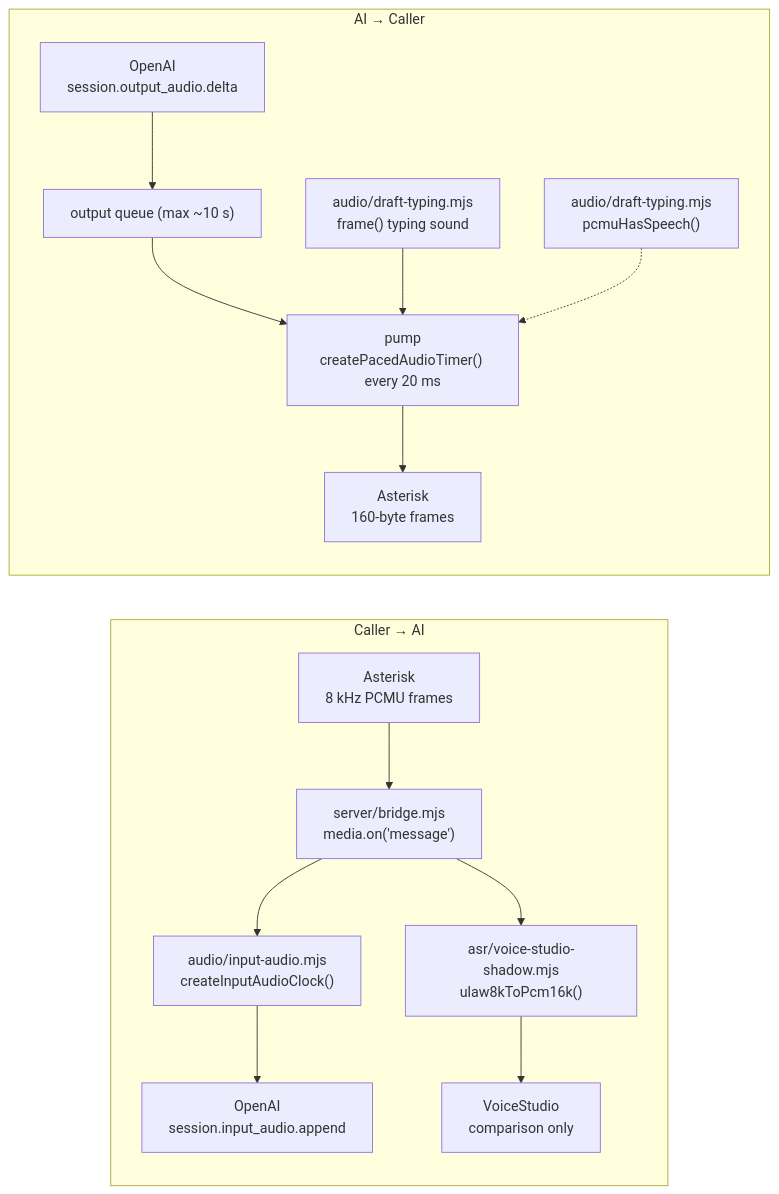
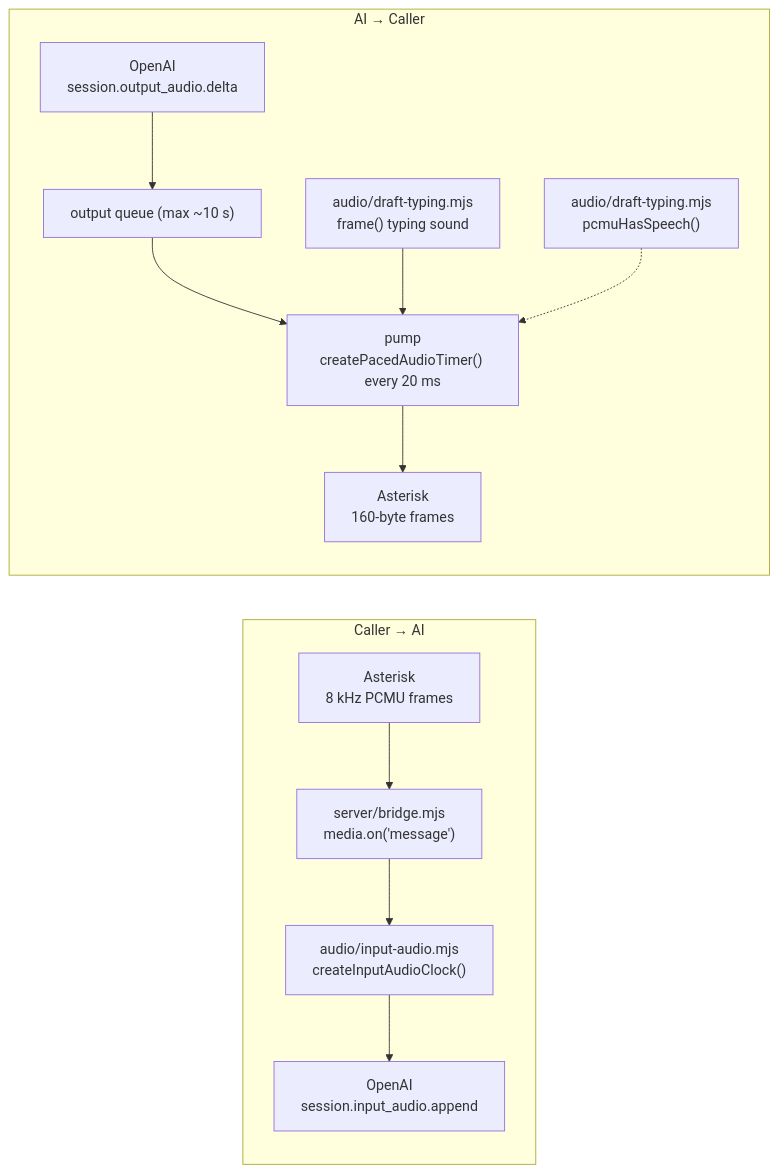
One commit to softdevglobal/bmspro-voice-bridge changed the ninth of 10 diagrams in docs/FUNCTIONS_AND_FLOW.md. Above: the diagram before and after it, drawn with Mermaid. The commit also changed other lines of this file and 22 other files, not shown here.

````diff
--- a/docs/FUNCTIONS_AND_FLOW.md
+++ b/docs/FUNCTIONS_AND_FLOW.md
@@ -558,18 +552,16 @@
 ```mermaid
 flowchart LR
     subgraph IN["Caller → AI"]
         A1["Asterisk<br/>8 kHz PCMU frames"] --> A2["server/bridge.mjs<br/>media.on('message')"]
         A2 --> A3["audio/input-audio.mjs<br/>createInputAudioClock()"]
         A3 --> A4["OpenAI<br/>session.input_audio.append"]
-        A2 --> A5["asr/voice-studio-shadow.mjs<br/>ulaw8kToPcm16k()"]
-        A5 --> A6["VoiceStudio<br/>comparison only"]
     end
 
     subgraph OUT["AI → Caller"]
         B1["OpenAI<br/>session.output_audio.delta"] --> B2["output queue (max ~10 s)"]
         B2 --> B3["pump<br/>createPacedAudioTimer() every 20 ms"]
         B4["audio/draft-typing.mjs<br/>frame() typing sound"] --> B3
         B5["audio/draft-typing.mjs<br/>pcmuHasSpeech()"] -.-> B3
         B3 --> B6["Asterisk<br/>160-byte frames"]
     end
 ```
````
